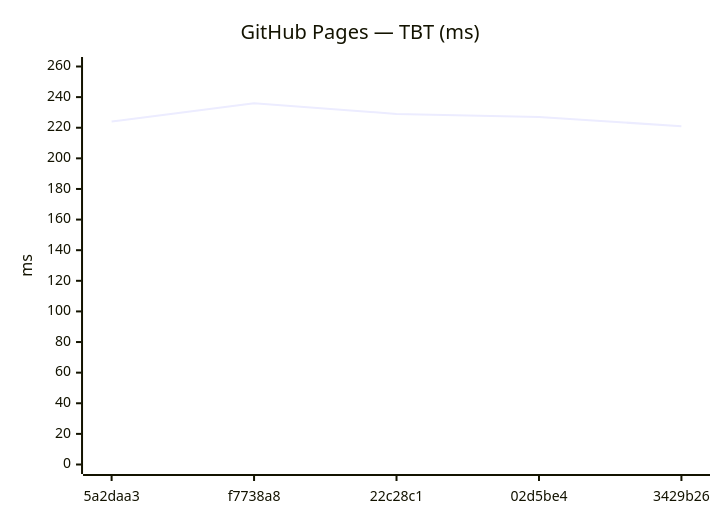
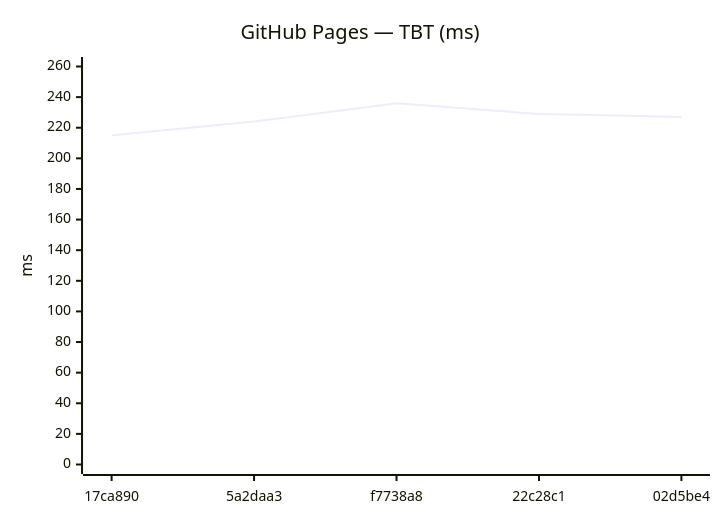
One commit to Metaheurist/Rianell changed the tenth of 18 diagrams in benchmarks/compare.md. Above: the diagram before and after it, drawn with Mermaid. The commit also changed other lines of this file and 11 other files, not shown here.

````diff
--- a/benchmarks/compare.md
+++ b/benchmarks/compare.md
@@ -149,7 +149,7 @@
 ```mermaid
 xychart-beta
     title "GitHub Pages — TBT (ms)"
-    x-axis ["5a2daa3", "f7738a8", "22c28c1", "02d5be4", "3429b26"]
+    x-axis ["17ca890", "5a2daa3", "f7738a8", "22c28c1", "02d5be4"]
     y-axis "ms" 0 --> 260
-    line [224, 236, 229, 227, 221]
+    line [215, 224, 236, 229, 227]
 ```
````
